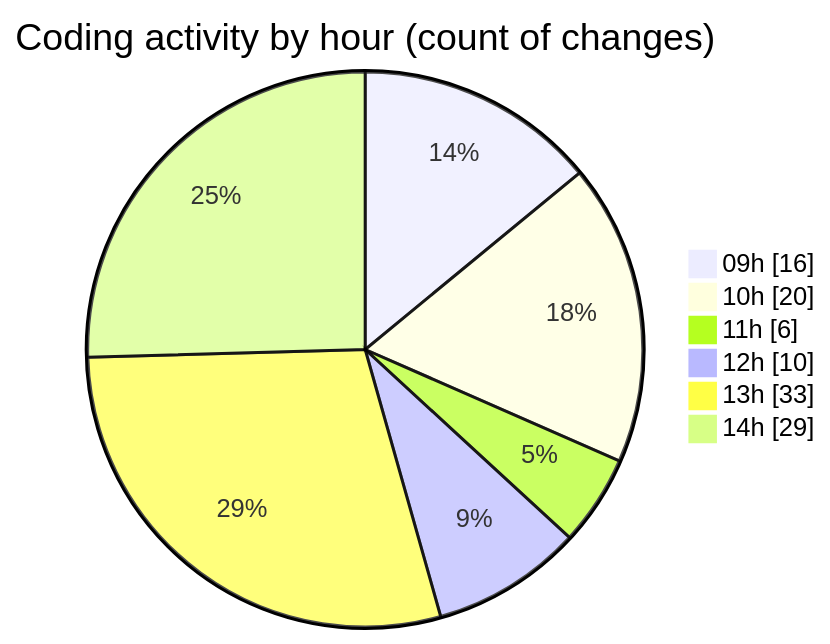
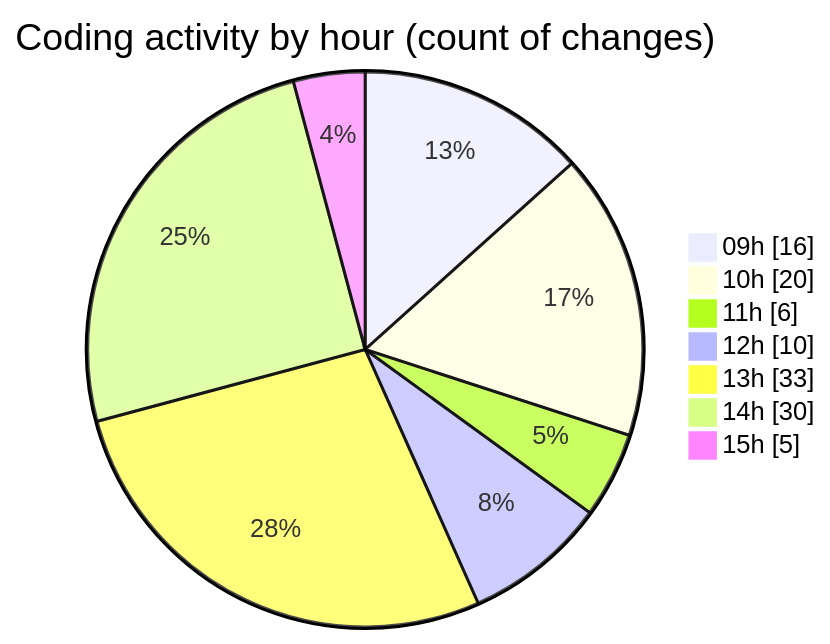
Before and after one commit to momahboobian/code-tracking: the second of 2 diagrams in 2025-05-16/cda/README.md, drawn with Mermaid. The commit also changed other lines of this file and 1 other file, not shown here.

````diff
--- a/2025-05-16/cda/README.md
+++ b/2025-05-16/cda/README.md
@@ -58,10 +58,11 @@
 ```mermaid
 pie showData
 title Coding activity by hour (count of changes)
 "09h" : 16
 "10h" : 20
 "11h" : 6
 "12h" : 10
 "13h" : 33
-"14h" : 29
+"14h" : 30
+"15h" : 5
 ```
````
